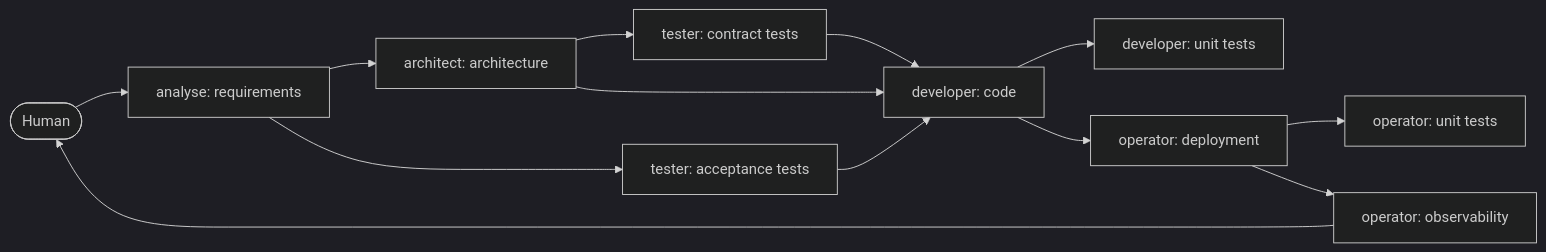
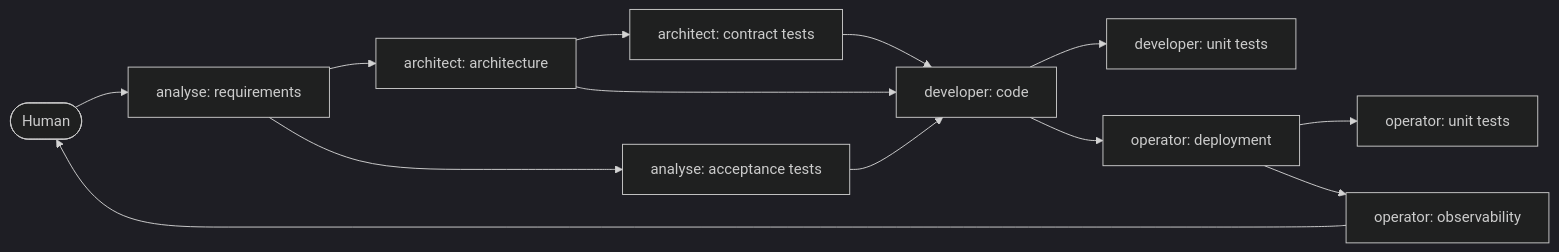
One commit to ChBrain/KAAL changed the diagram in DESIGN.md. Above: the diagram before and after it, drawn with Mermaid (dark theme). The commit also changed other lines of this file, not shown here.

First line of the commit message:
Everyone writes their own tests; everyone stays in lane

````diff
--- a/DESIGN.md
+++ b/DESIGN.md
@@ -205,15 +221,15 @@
 ```mermaid
 flowchart LR
   H([Human]) --> R
   R[analyse: requirements] --> A[architect: architecture]
-  R --> TA[tester: acceptance tests]
-  A --> TC[tester: contract tests]
+  R --> TA[analyse: acceptance tests]
+  A --> TC[architect: contract tests]
   A --> C[developer: code]
   TA --> C
   TC --> C
   C --> U[developer: unit tests]
   C --> D[operator: deployment]
   D --> DU[operator: unit tests]
   D --> O[operator: observability]
   O --> H
 ```
````
